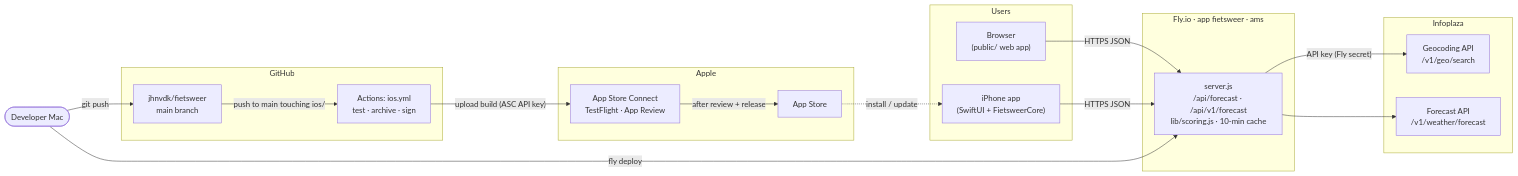
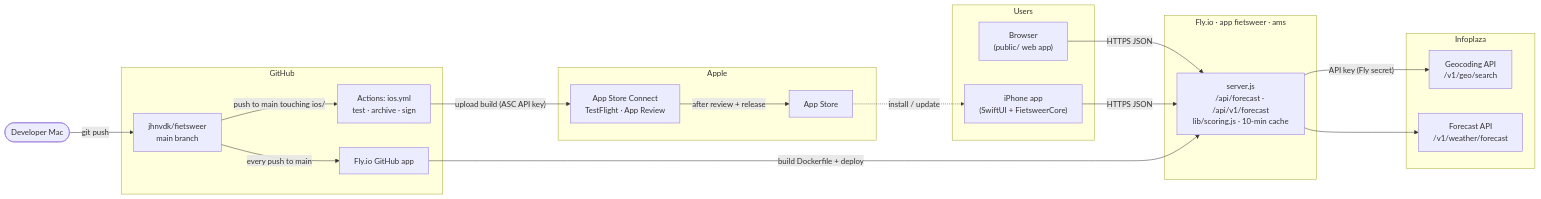
The diagram in README.md (jhnvdk/fietsweer), drawn with Mermaid before and after one commit. The commit also changed other lines of this file, not shown here.

Commit message:
Show automatic Fly.io deploys in the architecture diagram

````diff
--- a/README.md
+++ b/README.md
@@ -9,40 +9,42 @@
 ```mermaid
 flowchart LR
   subgraph Users
     web["Browser<br/>(public/ web app)"]
     ios["iPhone app<br/>(SwiftUI + FietsweerCore)"]
   end
 
   subgraph Fly["Fly.io · app fietsweer · ams"]
     server["server.js<br/>/api/forecast · /api/v1/forecast<br/>lib/scoring.js · 10-min cache"]
   end
 
   subgraph Infoplaza
     geo["Geocoding API<br/>/v1/geo/search"]
     wx["Forecast API<br/>/v1/weather/forecast"]
   end
 
   subgraph GitHub
     repo["jhnvdk/fietsweer<br/>main branch"]
     ci["Actions: ios.yml<br/>test · archive · sign"]
+    flyapp["Fly.io GitHub app"]
   end
 
   subgraph Apple["Apple"]
     asc["App Store Connect<br/>TestFlight · App Review"]
     store["App Store"]
   end
 
   dev(["Developer Mac"])
 
   web -- "HTTPS JSON" --> server
   ios -- "HTTPS JSON" --> server
   server -- "API key (Fly secret)" --> geo
   server --> wx
 
   dev -- "git push" --> repo
-  dev -- "fly deploy" --> server
+  repo -- "every push to main" --> flyapp
+  flyapp -- "build Dockerfile + deploy" --> server
   repo -- "push to main touching ios/" --> ci
   ci -- "upload build (ASC API key)" --> asc
   asc -- "after review + release" --> store
   store -. "install / update" .-> ios
 ```
````
